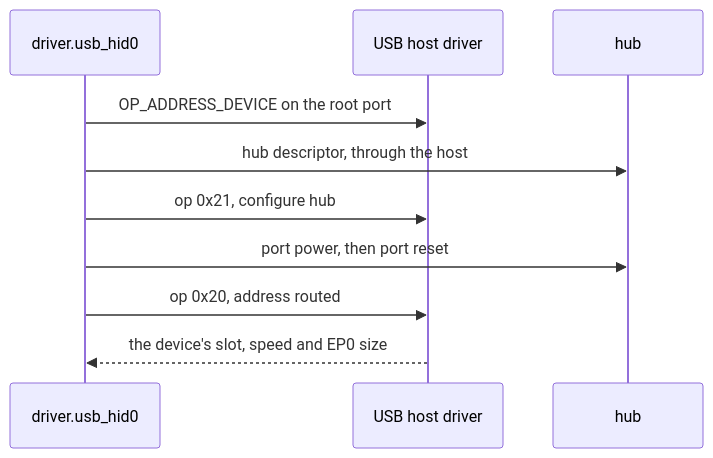
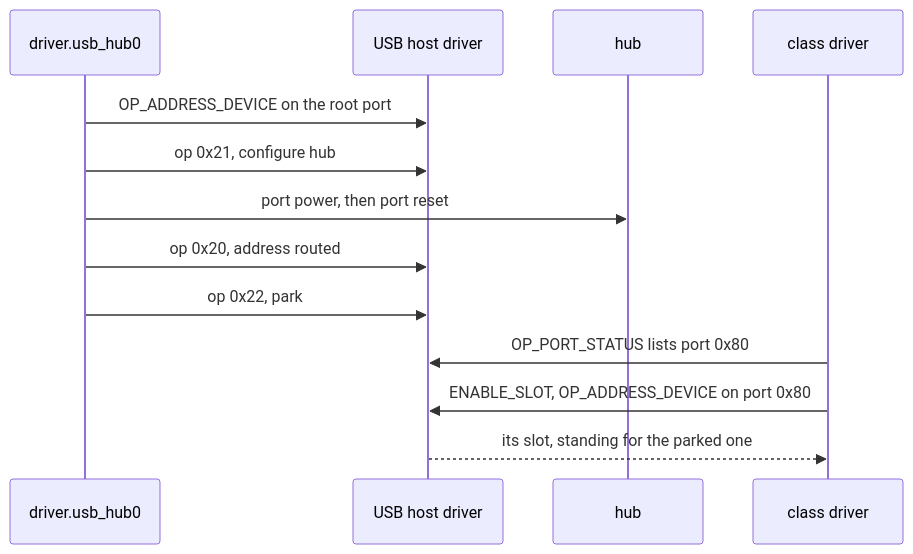
One commit to NON-OS/microkernel changed the diagram in docs/drivers/usb/hubs.md. Above: the diagram before and after it, drawn with Mermaid. The commit also changed other lines of this file and 3 other files, not shown here.

Commit message:
docs: USB hubs walked by driver.usb_hub0, children as virtual ports

````diff
--- a/docs/drivers/usb/hubs.md
+++ b/docs/drivers/usb/hubs.md
@@ -11,12 +10,15 @@
 ```mermaid
 sequenceDiagram
-    participant H as driver.usb_hid0
+    participant W as driver.usb_hub0
     participant X as USB host driver
     participant B as hub
-    H->>X: OP_ADDRESS_DEVICE on the root port
-    H->>B: hub descriptor, through the host
-    H->>X: op 0x21, configure hub
-    H->>B: port power, then port reset
-    H->>X: op 0x20, address routed
-    X-->>H: the device's slot, speed and EP0 size
+    participant C as class driver
+    W->>X: OP_ADDRESS_DEVICE on the root port
+    W->>X: op 0x21, configure hub
+    W->>B: port power, then port reset
+    W->>X: op 0x20, address routed
+    W->>X: op 0x22, park
+    C->>X: OP_PORT_STATUS lists port 0x80
+    C->>X: ENABLE_SLOT, OP_ADDRESS_DEVICE on port 0x80
+    X-->>C: its slot, standing for the parked one
 ```
````
